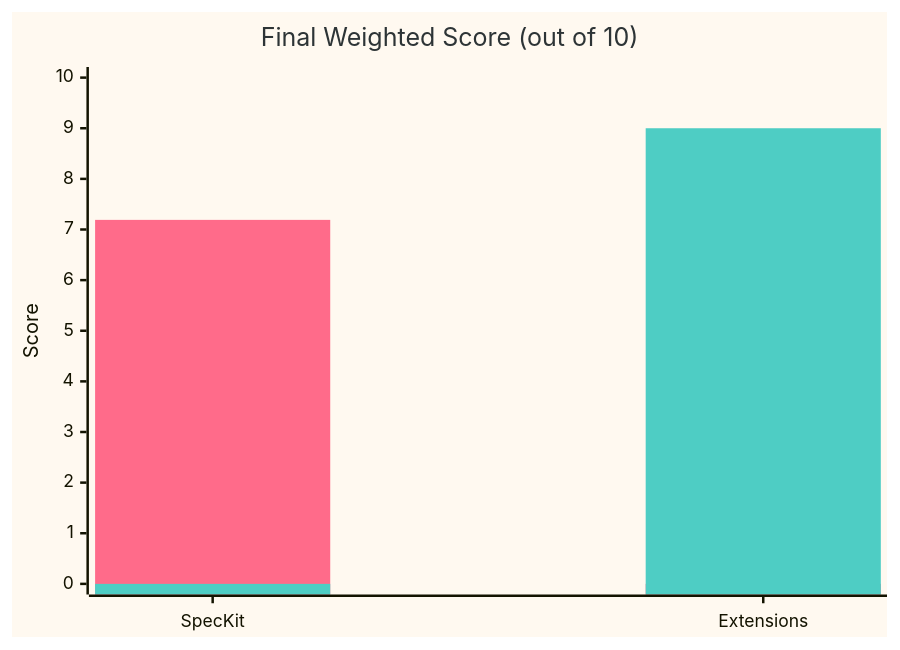
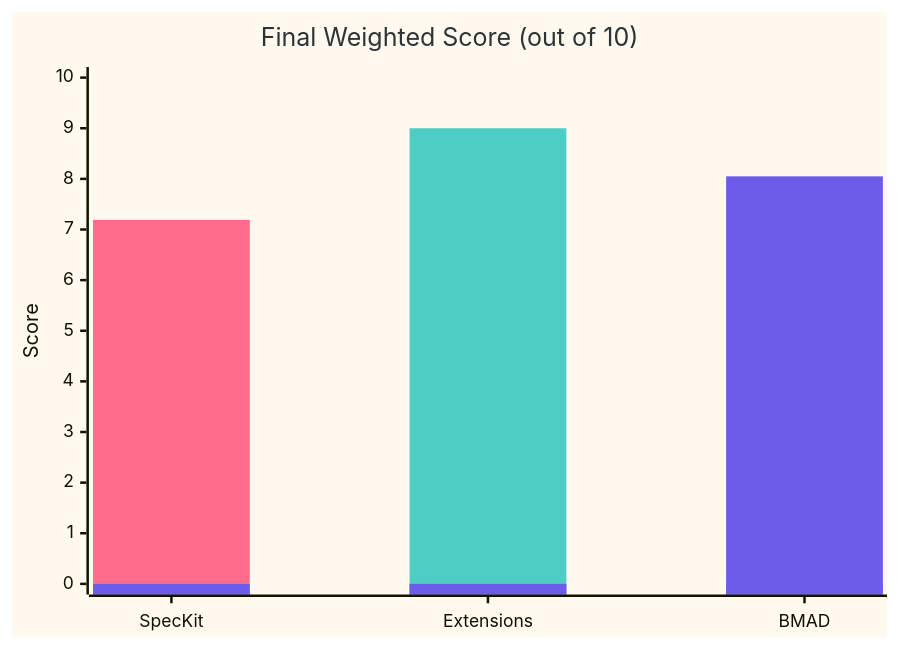
The second of 5 diagrams in comparison-report.md (vunvulear/speckit-assessment), drawn with Mermaid before and after one commit. The commit also changed other lines of this file and 567 other files, not shown here.

Commit message:
Add BMAD folder, SpecKit files, .github workflows, and update README and comparison report

````diff
--- a/comparison-report.md
+++ b/comparison-report.md
@@ -65,9 +67,10 @@
 ```mermaid
-%%{init: {'theme': 'base', 'themeVariables': {'xyChart': {'backgroundColor': '#FFF9F0', 'titleColor': '#2D3436', 'plotColorPalette': '#FF6B8A, #4ECDC4'}}}}%%
+%%{init: {'theme': 'base', 'themeVariables': {'xyChart': {'backgroundColor': '#FFF9F0', 'titleColor': '#2D3436', 'plotColorPalette': '#FF6B8A, #4ECDC4, #6C5CE7'}}}}%%
 xychart-beta
     title "Final Weighted Score (out of 10)"
-    x-axis ["SpecKit", "Extensions"]
+    x-axis ["SpecKit", "Extensions", "BMAD"]
     y-axis "Score" 0 --> 10
-    bar [7.19, 0]
-    bar [0, 9.00]
+    bar [7.19, 0, 0]
+    bar [0, 9.00, 0]
+    bar [0, 0, 8.05]
 ```
````
